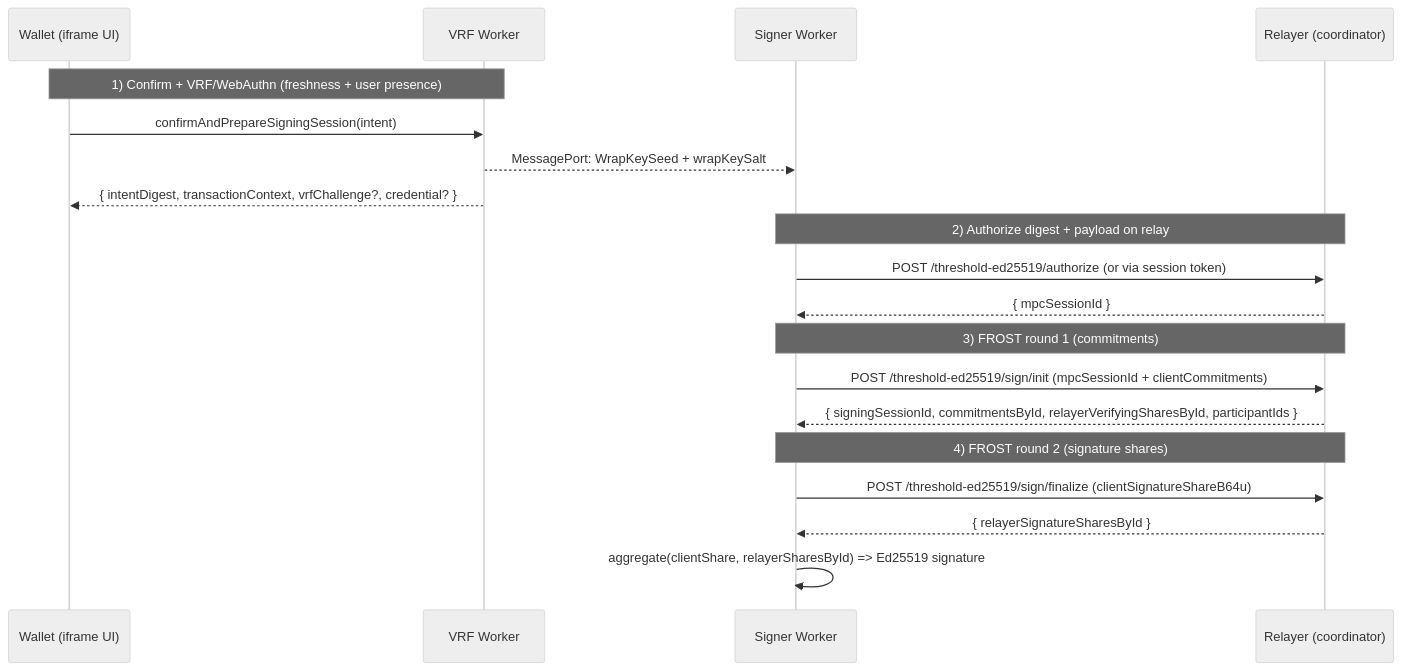
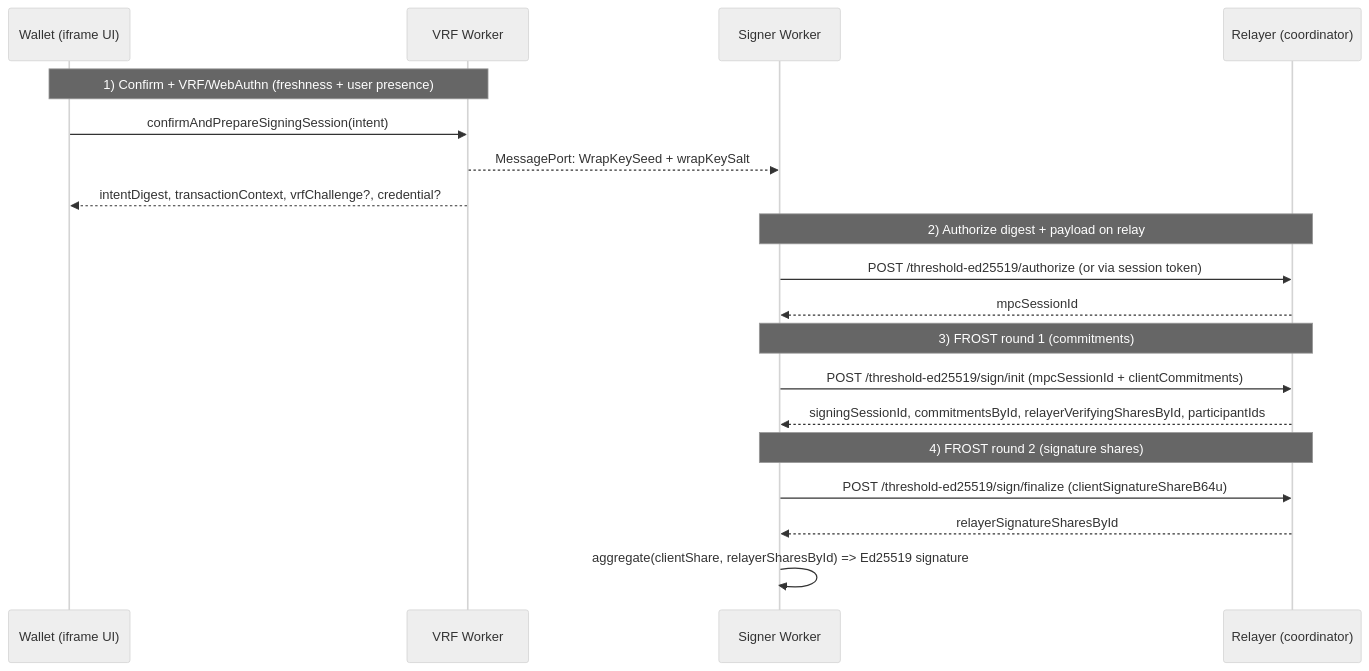
Before and after one commit to web3-authn/tatchi: the second of 2 diagrams in examples/tatchi-docs/src/docs/concepts/threshold-signing.md, drawn with Mermaid (neutral theme). The commit also changed other lines of this file and 5 other files, not shown here.

Commit message:
update docs diagrams

````diff
--- a/examples/tatchi-docs/src/docs/concepts/threshold-signing.md
+++ b/examples/tatchi-docs/src/docs/concepts/threshold-signing.md
@@ -75,25 +75,25 @@
 ```mermaid
 sequenceDiagram
   participant App as Wallet (iframe UI)
   participant VRF as VRF Worker
   participant Signer as Signer Worker
   participant Relay as Relayer (coordinator)
 
   Note over App,VRF: 1) Confirm + VRF/WebAuthn (freshness + user presence)
   App->>VRF: confirmAndPrepareSigningSession(intent)
   VRF-->>Signer: MessagePort: WrapKeySeed + wrapKeySalt
-  VRF-->>App: { intentDigest, transactionContext, vrfChallenge?, credential? }
+  VRF-->>App: intentDigest, transactionContext, vrfChallenge?, credential?
 
   Note over Signer,Relay: 2) Authorize digest + payload on relay
   Signer->>Relay: POST /threshold-ed25519/authorize (or via session token)
-  Relay-->>Signer: { mpcSessionId }
+  Relay-->>Signer: mpcSessionId
 
   Note over Signer,Relay: 3) FROST round 1 (commitments)
   Signer->>Relay: POST /threshold-ed25519/sign/init (mpcSessionId + clientCommitments)
-  Relay-->>Signer: { signingSessionId, commitmentsById, relayerVerifyingSharesById, participantIds }
+  Relay-->>Signer: signingSessionId, commitmentsById, relayerVerifyingSharesById, participantIds
 
   Note over Signer,Relay: 4) FROST round 2 (signature shares)
   Signer->>Relay: POST /threshold-ed25519/sign/finalize (clientSignatureShareB64u)
-  Relay-->>Signer: { relayerSignatureSharesById }
+  Relay-->>Signer: relayerSignatureSharesById
   Signer->>Signer: aggregate(clientShare, relayerSharesById) => Ed25519 signature
 ```
````
